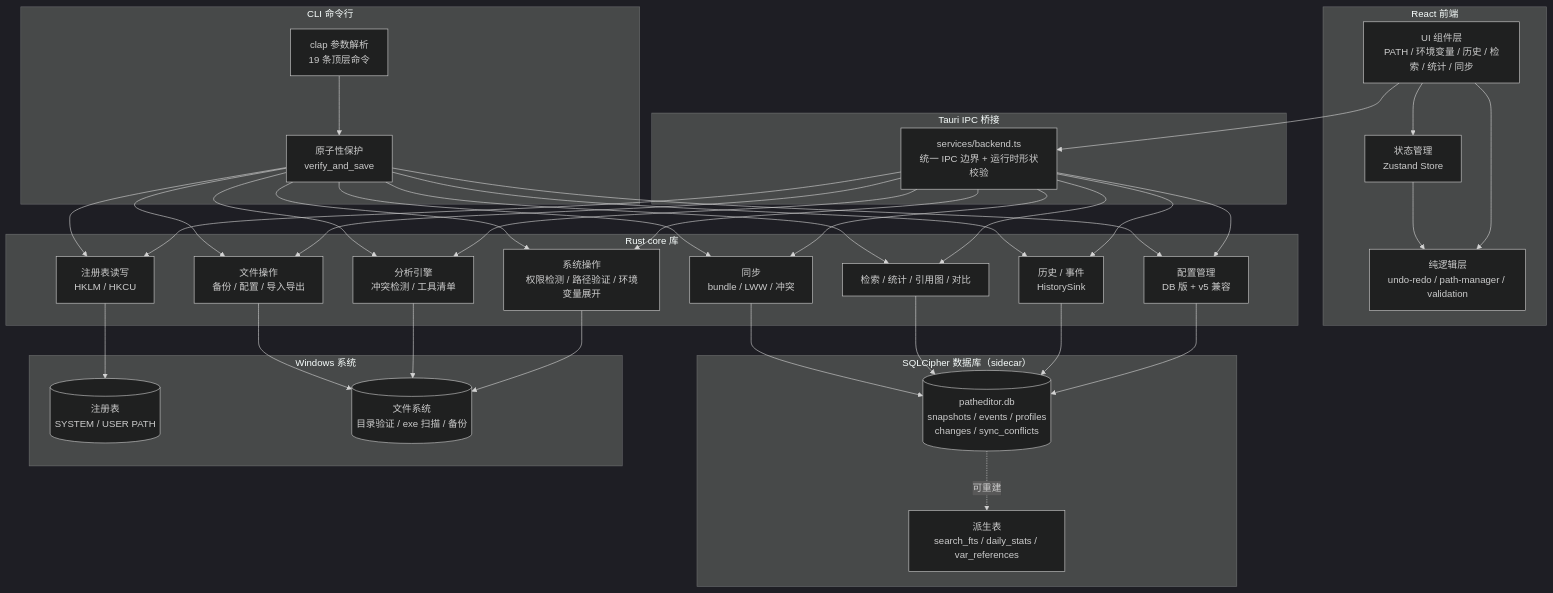
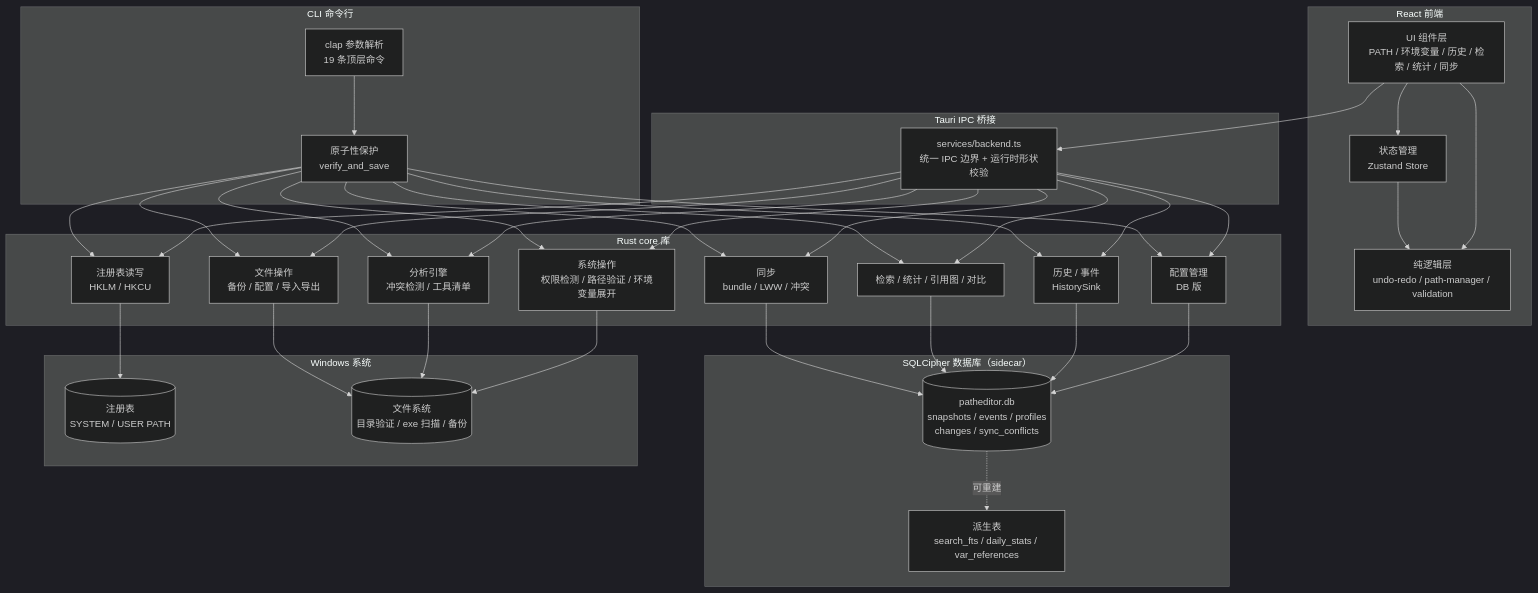
Before and after one commit to LHY0125/PathEditor: the first of 4 diagrams in README.md, drawn with Mermaid (dark theme). The commit also changed other lines of this file and 54 other files, not shown here.

````diff
--- a/README.md
+++ b/README.md
@@ -48,69 +48,69 @@
 ```mermaid
 graph TB
     subgraph 前端["React 前端"]
         UI[UI 组件层<br/>PATH / 环境变量 / 历史 / 检索 / 统计 / 同步]
         Store[状态管理<br/>Zustand Store]
         Core[纯逻辑层<br/>undo-redo / path-manager / validation]
         UI --> Store
         UI --> Core
         Store --> Core
     end
 
     subgraph CLI["CLI 命令行"]
         Clap[clap 参数解析<br/>19 条顶层命令]
         Atomic[原子性保护<br/>verify_and_save]
     end
 
     subgraph IPC["Tauri IPC 桥接"]
         invoke[services/backend.ts<br/>统一 IPC 边界 + 运行时形状校验]
     end
 
     subgraph 后端["Rust core 库"]
         Registry[注册表读写<br/>HKLM / HKCU]
         System[系统操作<br/>权限检测 / 路径验证 / 环境变量展开]
         Files[文件操作<br/>备份 / 配置 / 导入导出]
         Scanner[分析引擎<br/>冲突检测 / 工具清单]
-        Profiles[配置管理<br/>DB 版 + v5 兼容]
+        Profiles[配置管理<br/>DB 版]
         History[历史 / 事件<br/>HistorySink]
         Analytics[检索 / 统计 / 引用图 / 对比]
         Sync[同步<br/>bundle / LWW / 冲突]
     end
 
     subgraph DB["SQLCipher 数据库（sidecar）"]
         Main[("patheditor.db<br/>snapshots / events / profiles<br/>changes / sync_conflicts")]
         Derived["派生表<br/>search_fts / daily_stats / var_references"]
     end
 
     subgraph Windows["Windows 系统"]
         Reg[(注册表<br/>SYSTEM / USER PATH)]
         FS[(文件系统<br/>目录验证 / exe 扫描 / 备份)]
     end
 
     UI --> invoke
     invoke --> Registry
     invoke --> System
     invoke --> Files
     invoke --> Scanner
     invoke --> Profiles
     invoke --> History
     invoke --> Analytics
     invoke --> Sync
     Clap --> Atomic
     Atomic --> Registry
     Atomic --> System
     Atomic --> Files
     Atomic --> Scanner
     Atomic --> Profiles
     Atomic --> History
     Atomic --> Analytics
     Atomic --> Sync
     Registry --> Reg
     System --> FS
     Scanner --> FS
     Files --> FS
     Profiles --> Main
     History --> Main
     Analytics --> Main
     Sync --> Main
     Main -.可重建.-> Derived
 ```
````
